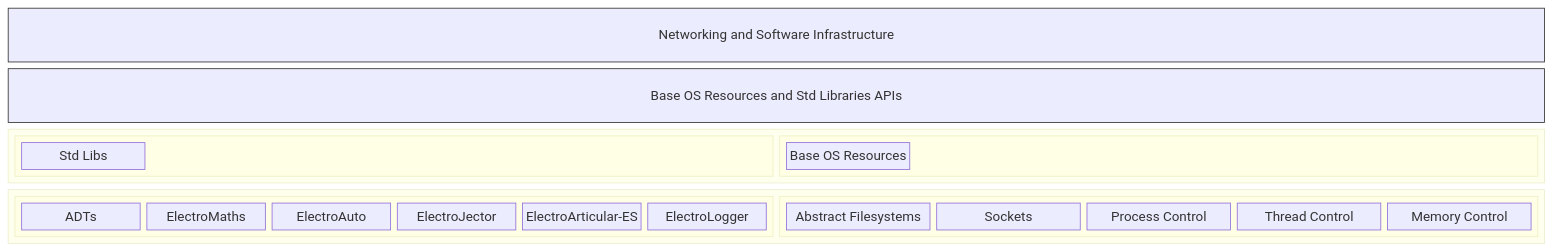
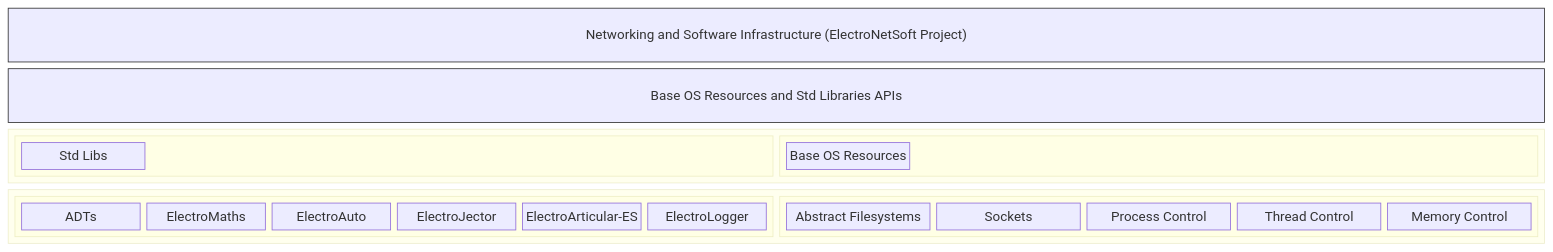
Before and after one commit to Electrostat-Lab/Electrostatic-Sandbox: the fourth of 6 diagrams in README.md, drawn with Mermaid. The commit also changed other lines of this file, not shown here.

Commit message:
Update README.md: redistribute the project into major subprojects

````diff
--- a/README.md
+++ b/README.md
@@ -135,33 +151,33 @@
 ```mermaid
 block-beta
 columns 1
-NETSOFT_INFRA["Networking and Software Infrastructure"]
+NETSOFT_INFRA["Networking and Software Infrastructure (ElectroNetSoft Project)"]
 OS_RES["Base OS Resources and Std Libraries APIs"]
 block:TITLE
   block:STD
     Std["Std Libs"]
   end
   block:OS
     OSRES["Base OS Resources"]
   end
 end
 block:HAL
   block:_STD
     ADT["ADTs"]
     ELECTROMATHS["ElectroMaths"]
     ELECTROAUTO["ElectroAuto"]
     ELECTROJECTOR["ElectroJector"]
     ELECTROART["ElectroArticular-ES"]
     LOG["ElectroLogger"]
   end
   block:_OS
     FS["Abstract Filesystems"]
     SOCK["Sockets"]
     PROC["Process Control"]
     THR["Thread Control"]
     MEM["Memory Control"]
   end
 end
 style NETSOFT_INFRA stroke:#333
 style OS_RES stroke:#333
 ```
````
